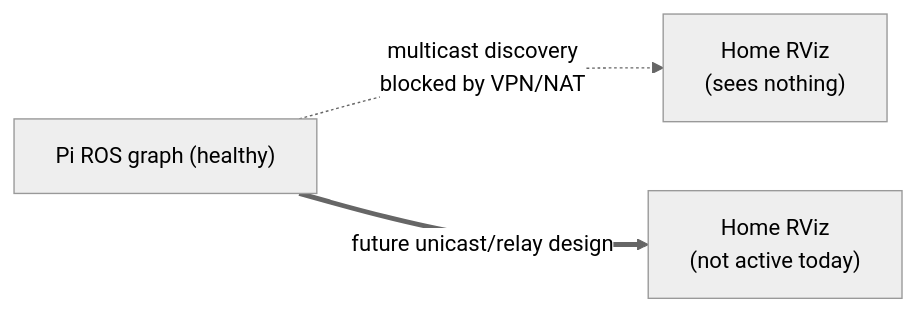
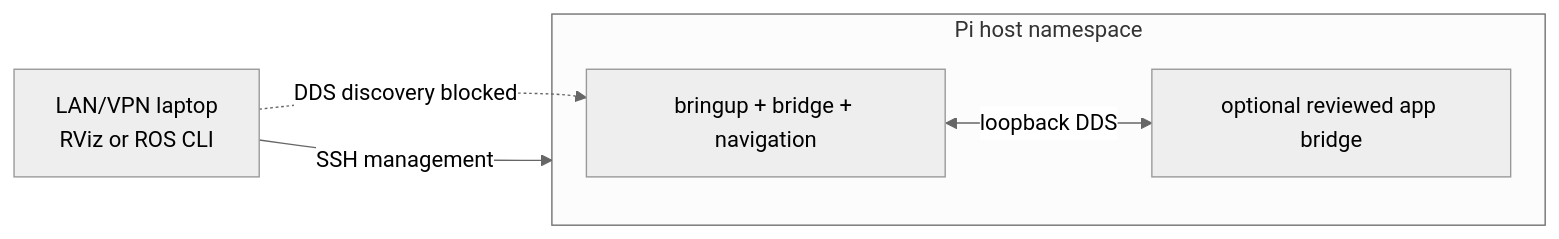
The diagram in docs/deployment/remote-operation.md (cmu-impactlab/patrolbot), drawn with Mermaid (neutral theme) before and after one commit. The commit also changed other lines of this file and 38 other files, not shown here.

````diff
--- a/docs/deployment/remote-operation.md
+++ b/docs/deployment/remote-operation.md
@@ -38,5 +31,9 @@
 ```mermaid
 flowchart LR
-    PI["Pi ROS graph (healthy)"] -. "multicast discovery\nblocked by VPN/NAT" .-> HOME["Home RViz\n(sees nothing)"]
-    PI ==>|"future unicast/relay design"| HOME2["Home RViz\n(not active today)"]
+    subgraph PI["Pi host namespace"]
+        CORE["bringup + bridge + navigation"]
+        CORE <-->|"loopback DDS"| APP["optional reviewed app bridge"]
+    end
+    LAP["LAN/VPN laptop\nRViz or ROS CLI"] -. "DDS discovery blocked" .-> CORE
+    LAP -->|"SSH management"| PI
 ```
````
